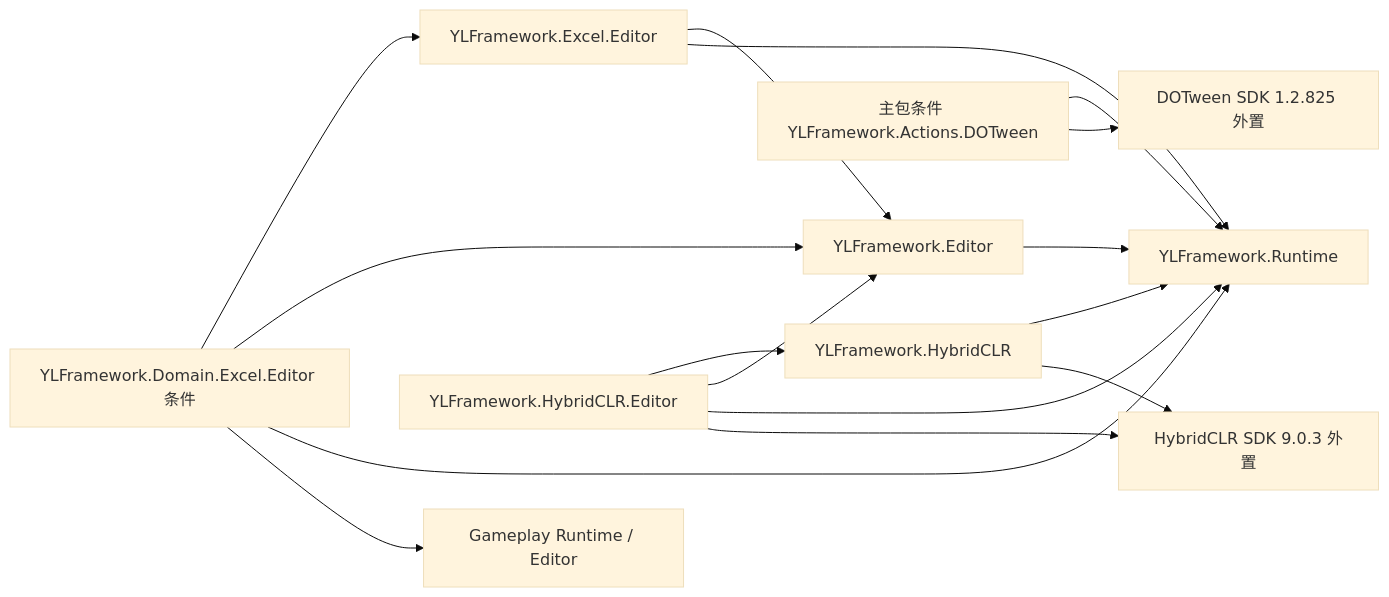
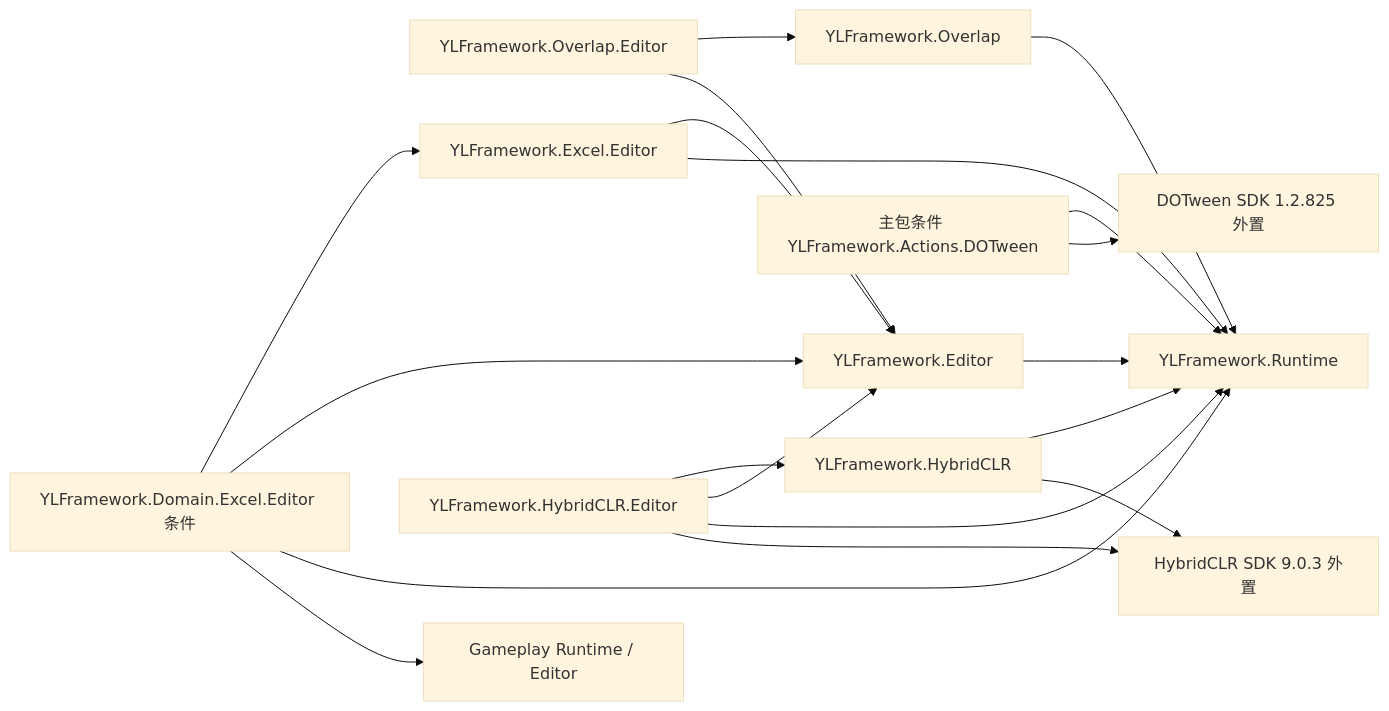
One commit to KONOK-A/YLFramework-dev changed the diagram in README.md. Above: the diagram before and after it, drawn with Mermaid (base theme). The commit also changed other lines of this file and 85 other files, not shown here.

````diff
--- a/README.md
+++ b/README.md
@@ -33,18 +34,21 @@
 ```mermaid
 flowchart LR
     Editor[YLFramework.Editor] --> Runtime[YLFramework.Runtime]
+    Overlap[YLFramework.Overlap] --> Runtime
+    OverlapEditor[YLFramework.Overlap.Editor] --> Overlap
+    OverlapEditor --> Editor
     DOTween[主包条件 YLFramework.Actions.DOTween] --> Runtime
     DOTween --> DOTweenSDK[DOTween SDK 1.2.825 外置]
     Excel[YLFramework.Excel.Editor] --> Editor
     Excel --> Runtime
     DomainExcel[YLFramework.Domain.Excel.Editor 条件] --> Excel
     DomainExcel --> Editor
     DomainExcel --> Runtime
     DomainExcel --> Gameplay[Gameplay Runtime / Editor]
     HybridCLREditor[YLFramework.HybridCLR.Editor] --> HybridCLR[YLFramework.HybridCLR]
     HybridCLREditor --> Editor
     HybridCLREditor --> Runtime
     HybridCLR --> Runtime
     HybridCLREditor --> HybridCLRSDK[HybridCLR SDK 9.0.3 外置]
     HybridCLR --> HybridCLRSDK
 ```
````
